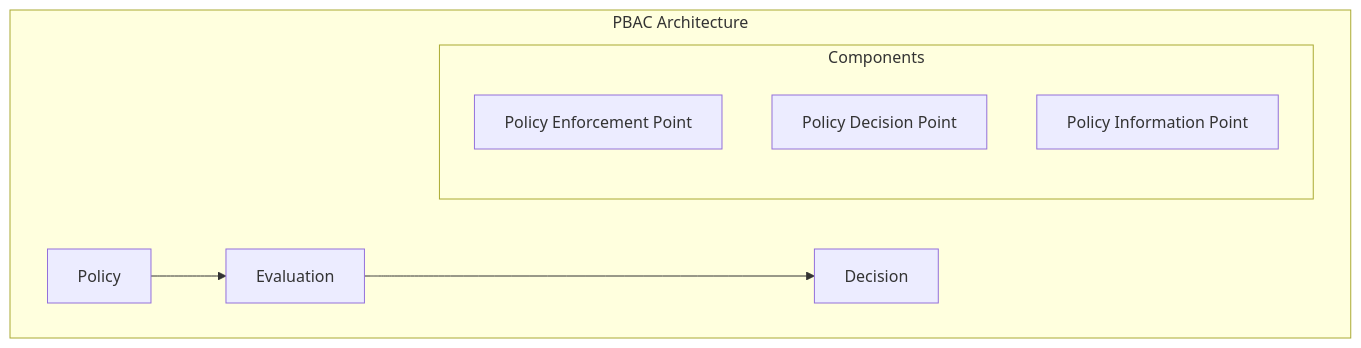
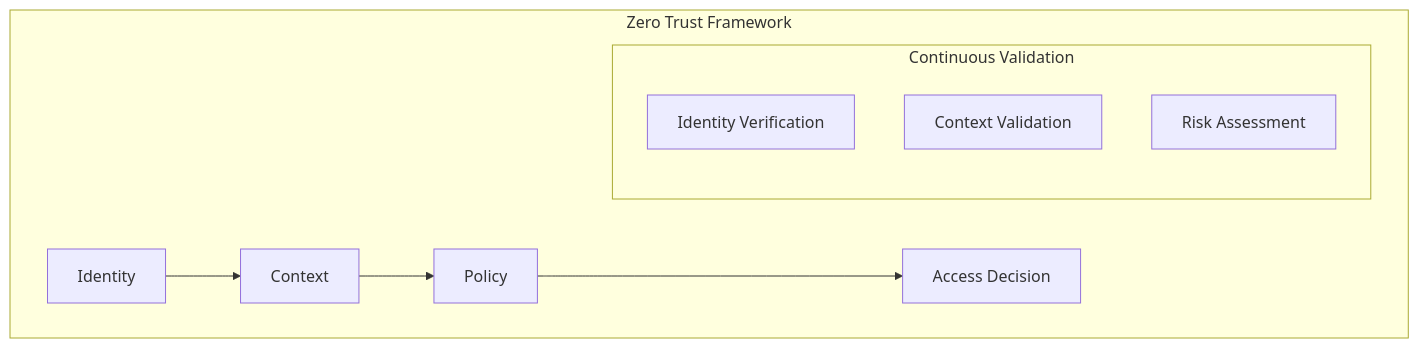
Before and after one commit to saravanakumarrc/Architecture_Journey: the third of 3 diagrams in src/Authentication_and_Authorization_Frameworks.md, drawn with Mermaid. The commit also changed other lines of this file and 4 other files, not shown here.

First line of the commit message:
Refactor Serverless Architecture Patterns and Testing Best Practices documentation

````diff
--- a/src/Authentication_and_Authorization_Frameworks.md
+++ b/src/Authentication_and_Authorization_Frameworks.md
@@ -264,13 +86,14 @@
 ```mermaid
 graph TB
-    subgraph "PBAC Architecture"
-        P[Policy] --> E[Evaluation]
-        E --> D[Decision]
+    subgraph "Zero Trust Framework"
+        I[Identity] --> C[Context]
+        C --> P[Policy]
+        P --> A[Access Decision]
         
-        subgraph "Components"
-            PEP[Policy Enforcement Point]
-            PDP[Policy Decision Point]
-            PIP[Policy Information Point]
+        subgraph "Continuous Validation"
+            ID[Identity Verification]
+            CV[Context Validation]
+            RA[Risk Assessment]
         end
     end
 ```
````
